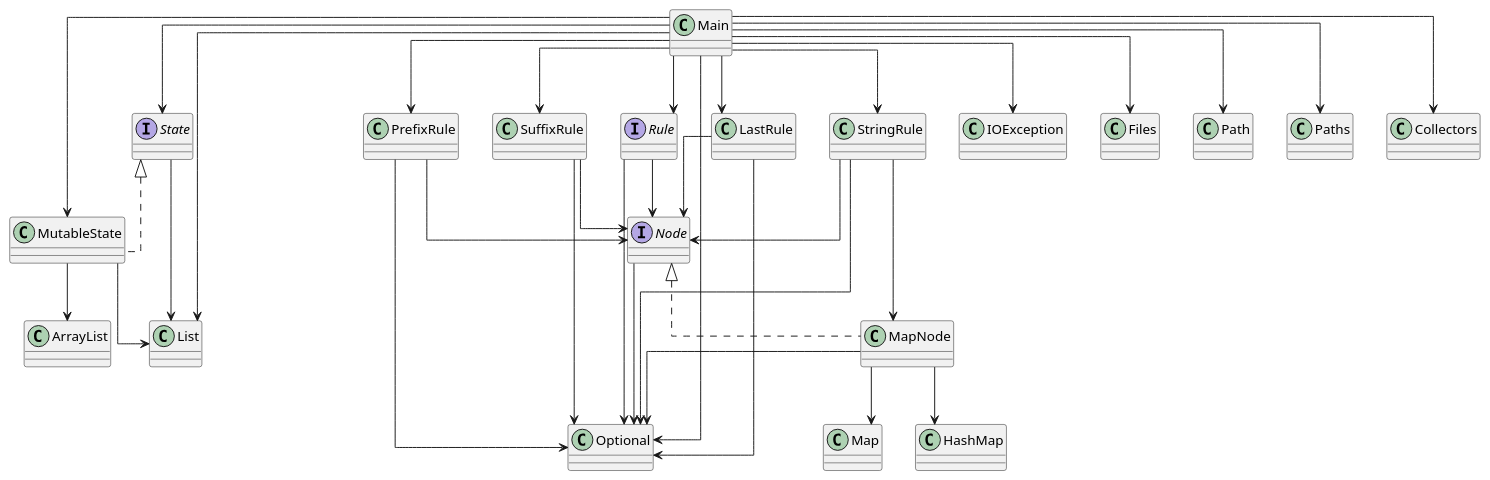
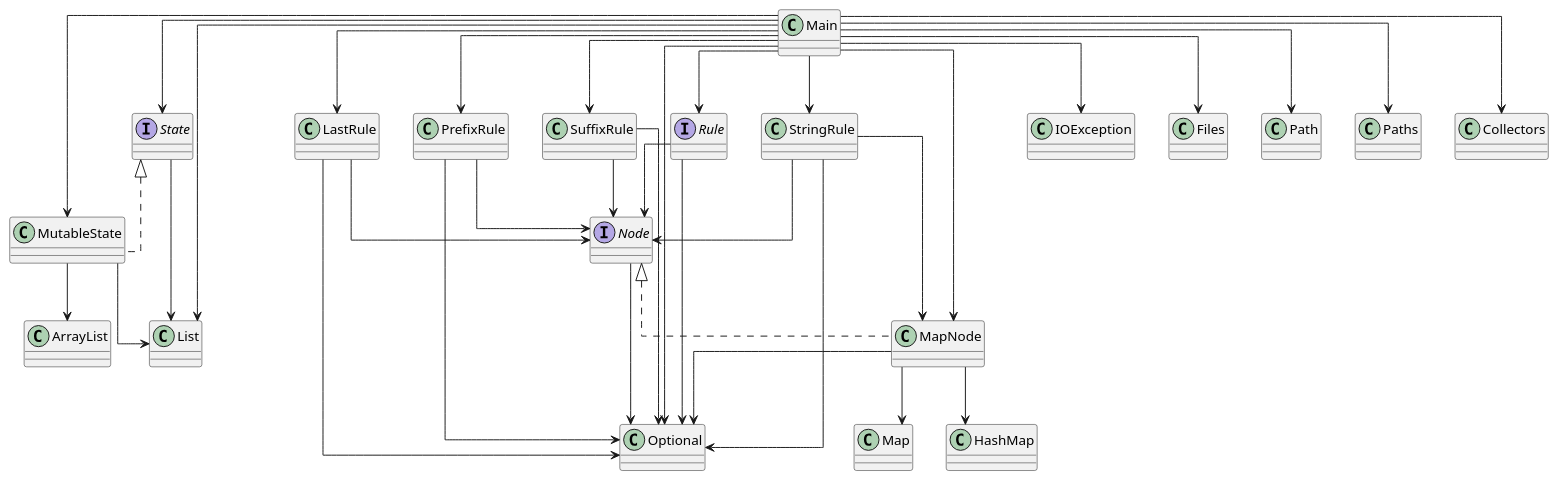
The diagram in diagram.puml (SirMathhman/Magma), drawn with PlantUML before and after one commit. The commit also changed 4 other files, not shown here.

Commit message:
PlantUMLClassRule

```diff
--- a/diagram.puml
+++ b/diagram.puml
@@ -1,41 +1,42 @@
 @startuml
 skinparam linetype ortho
 MutableState --> ArrayList
 MutableState --> List
 class MutableState implements State
 Node --> Optional
 interface Node
 Rule --> Node
 Rule --> Optional
 interface Rule
 Main --> LastRule
 Main --> MutableState
 Main --> PrefixRule
 Main --> Rule
 Main --> State
 Main --> StringRule
 Main --> SuffixRule
+Main --> MapNode
 Main --> IOException
 Main --> Files
 Main --> Path
 Main --> Paths
 Main --> List
 Main --> Optional
 Main --> Collectors
 class Main
 MapNode --> HashMap
 MapNode --> Map
 MapNode --> Optional
 class MapNode implements Node
 StringRule --> MapNode
 StringRule --> Node
 StringRule --> Optional
 LastRule --> Node
 LastRule --> Optional
 PrefixRule --> Node
 PrefixRule --> Optional
 SuffixRule --> Node
 SuffixRule --> Optional
 State --> List
 interface State
 @enduml
```
